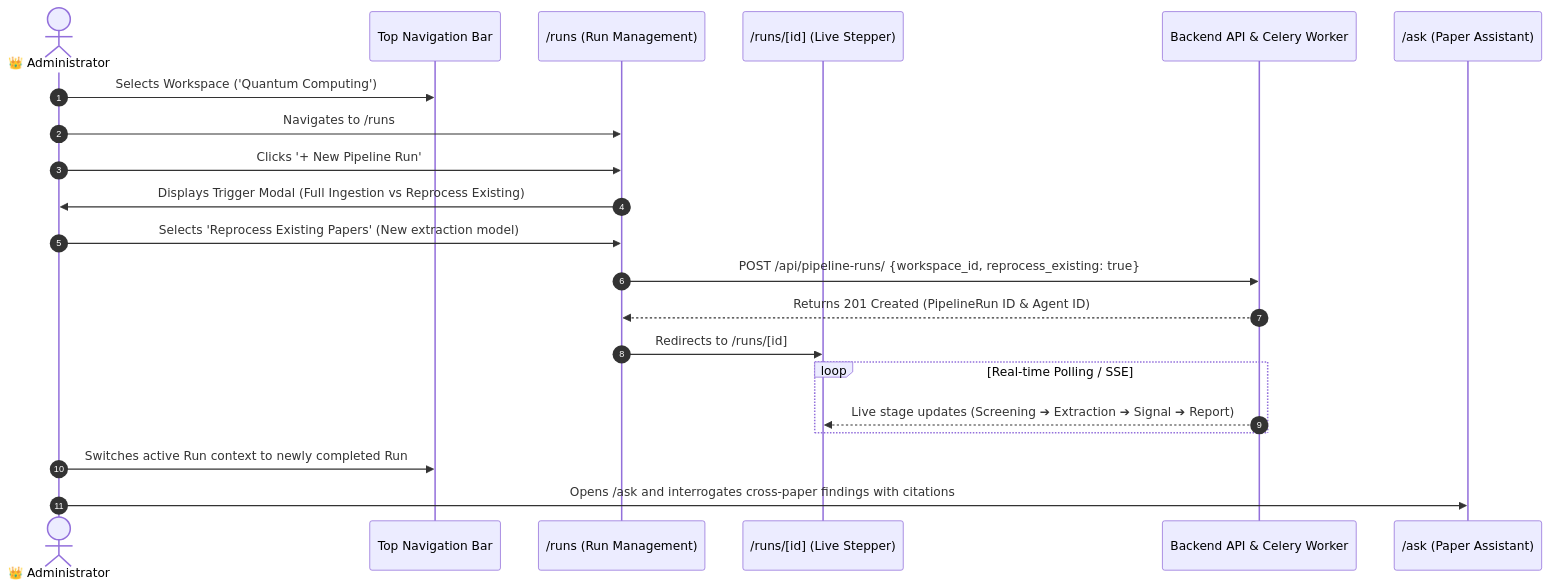
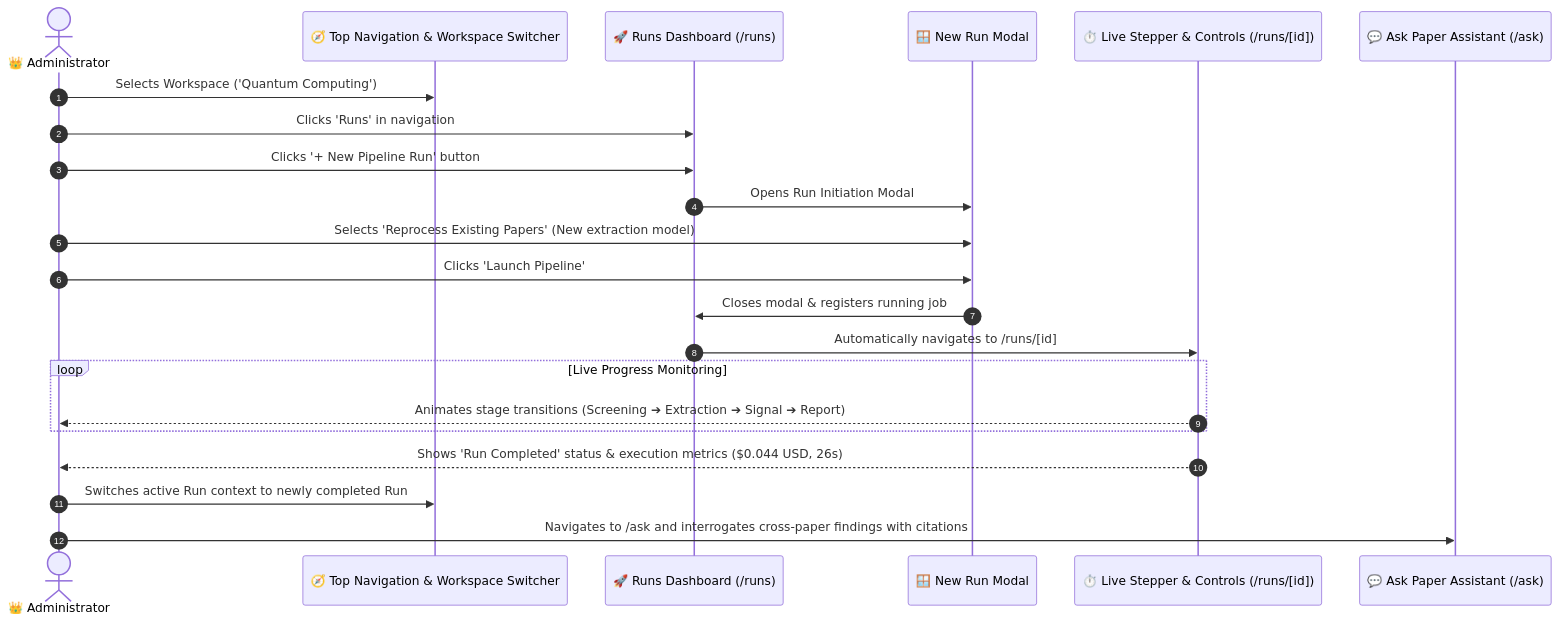
One commit to p4ku/research-intelligence changed the first of 5 diagrams in docs/user_journeys/stage_2_user_journeys.md. Above: the diagram before and after it, drawn with Mermaid. The commit also changed other lines of this file, not shown here.

Commit message:
docs: refine user journeys to be strictly frontend-centric (User <-> UI screens & state transitions)

````diff
--- a/docs/user_journeys/stage_2_user_journeys.md
+++ b/docs/user_journeys/stage_2_user_journeys.md
@@ -76,24 +76,25 @@
 ```mermaid
 sequenceDiagram
     autonumber
     actor Admin as 👑 Administrator
-    participant TopBar as Top Navigation Bar
-    participant RunsUI as /runs (Run Management)
-    participant Stepper as /runs/[id] (Live Stepper)
-    participant Backend as Backend API & Celery Worker
-    participant AskUI as /ask (Paper Assistant)
+    participant TopBar as 🧭 Top Navigation & Workspace Switcher
+    participant RunsPage as 🚀 Runs Dashboard (/runs)
+    participant Modal as 🪟 New Run Modal
+    participant Stepper as ⏱️ Live Stepper & Controls (/runs/[id])
+    participant AskUI as 💬 Ask Paper Assistant (/ask)
 
     Admin->>TopBar: Selects Workspace ('Quantum Computing')
-    Admin->>RunsUI: Navigates to /runs
-    Admin->>RunsUI: Clicks '+ New Pipeline Run'
-    RunsUI->>Admin: Displays Trigger Modal (Full Ingestion vs Reprocess Existing)
-    Admin->>RunsUI: Selects 'Reprocess Existing Papers' (New extraction model)
-    RunsUI->>Backend: POST /api/pipeline-runs/ {workspace_id, reprocess_existing: true}
-    Backend-->>RunsUI: Returns 201 Created (PipelineRun ID & Agent ID)
-    RunsUI->>Stepper: Redirects to /runs/[id]
-    loop Real-time Polling / SSE
-        Backend-->>Stepper: Live stage updates (Screening ➔ Extraction ➔ Signal ➔ Report)
+    Admin->>RunsPage: Clicks 'Runs' in navigation
+    Admin->>RunsPage: Clicks '+ New Pipeline Run' button
+    RunsPage->>Modal: Opens Run Initiation Modal
+    Admin->>Modal: Selects 'Reprocess Existing Papers' (New extraction model)
+    Admin->>Modal: Clicks 'Launch Pipeline'
+    Modal->>RunsPage: Closes modal & registers running job
+    RunsPage->>Stepper: Automatically navigates to /runs/[id]
+    loop Live Progress Monitoring
+        Stepper-->>Admin: Animates stage transitions (Screening ➔ Extraction ➔ Signal ➔ Report)
     end
+    Stepper-->>Admin: Shows 'Run Completed' status & execution metrics ($0.044 USD, 26s)
     Admin->>TopBar: Switches active Run context to newly completed Run
-    Admin->>AskUI: Opens /ask and interrogates cross-paper findings with citations
+    Admin->>AskUI: Navigates to /ask and interrogates cross-paper findings with citations
 ```
````
